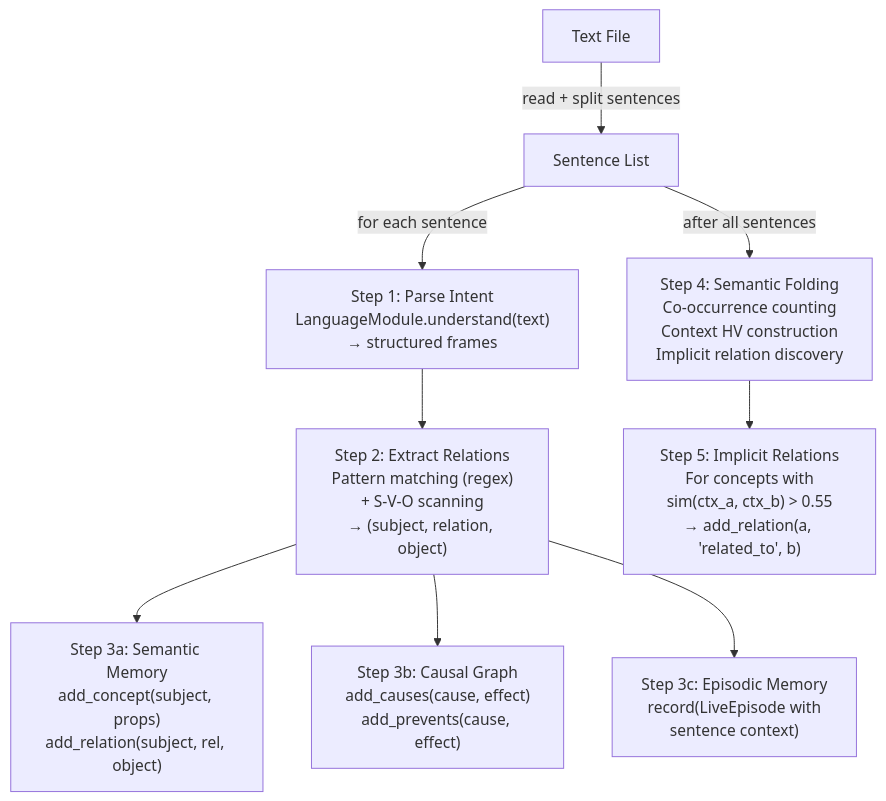
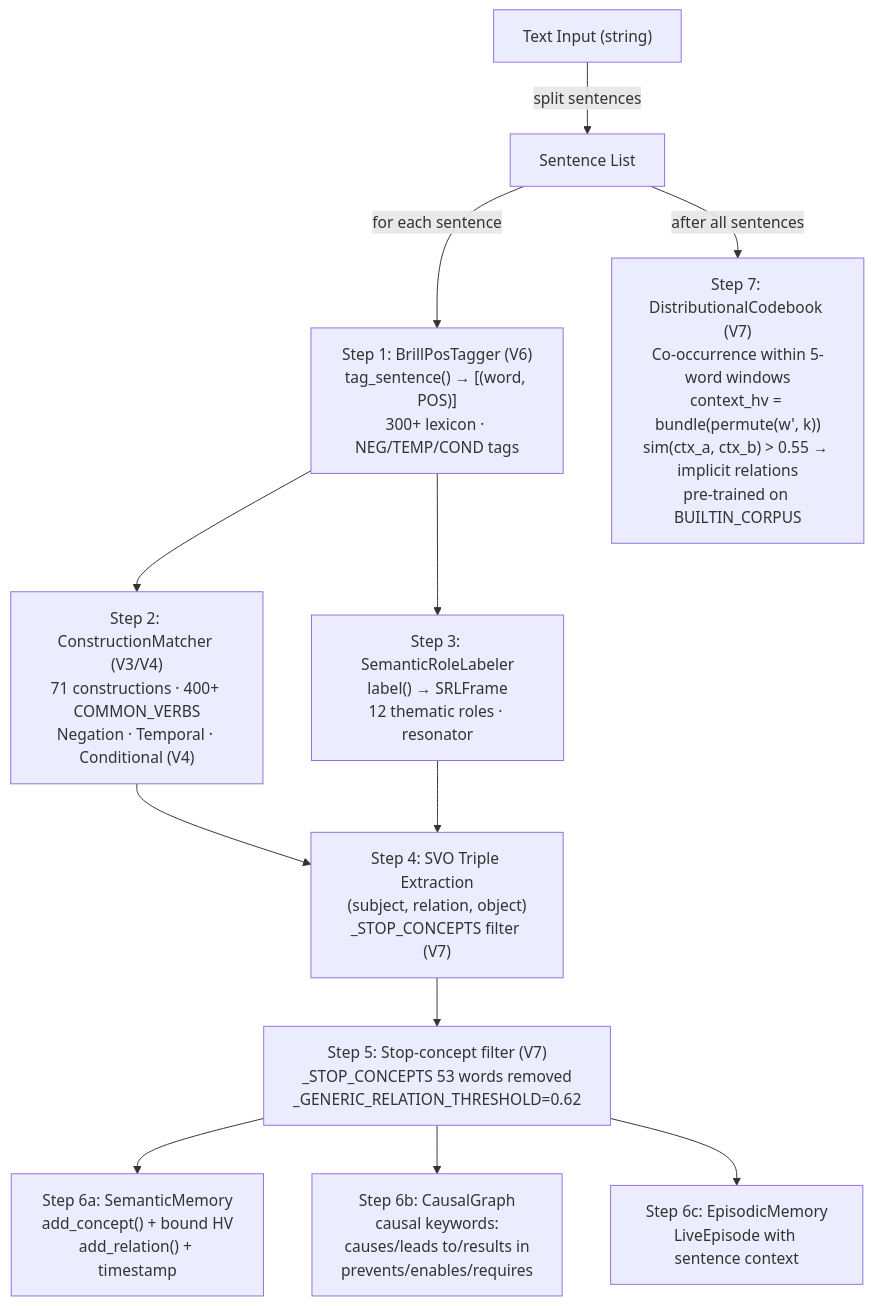
Before and after one commit to shiva2321/Neuro-Symbolic-Cognitive-Kernel: the fifth of 13 diagrams in nsck/docs/WORKFLOWS.md, drawn with Mermaid. The commit also changed other lines of this file and 7 other files, not shown here.

Commit message:
Docs V7: update all docs to reflect actual V4-V7 implementations — modules, formulas, test counts, benchmarks, diagrams

````diff
--- a/nsck/docs/WORKFLOWS.md
+++ b/nsck/docs/WORKFLOWS.md
@@ -159,20 +159,26 @@
 ```mermaid
 graph TD
-    File["Text File"]
-    
-    File -->|"read + split sentences"| Sent["Sentence List"]
-    
-    Sent -->|"for each sentence"| Step1["Step 1: Parse Intent<br/>LanguageModule.understand(text)<br/>→ structured frames"]
-    
-    Step1 --> Step2["Step 2: Extract Relations<br/>Pattern matching (regex)<br/>+ S-V-O scanning<br/>→ (subject, relation, object)"]
-    
-    Step2 --> Step3a["Step 3a: Semantic Memory<br/>add_concept(subject, props)<br/>add_relation(subject, rel, object)"]
-    
-    Step2 --> Step3b["Step 3b: Causal Graph<br/>add_causes(cause, effect)<br/>add_prevents(cause, effect)"]
-    
-    Step2 --> Step3c["Step 3c: Episodic Memory<br/>record(LiveEpisode with<br/>sentence context)"]
-    
-    Sent -->|"after all sentences"| Step4["Step 4: Semantic Folding<br/>Co-occurrence counting<br/>Context HV construction<br/>Implicit relation discovery"]
-    
-    Step4 --> Step5["Step 5: Implicit Relations<br/>For concepts with<br/>sim(ctx_a, ctx_b) > 0.55<br/>→ add_relation(a, 'related_to', b)"]
+    Text["Text Input (string)"]
+
+    Text -->|"split sentences"| Sent["Sentence List"]
+
+    Sent -->|"for each sentence"| POS["Step 1: BrillPosTagger (V6)<br/>tag_sentence() → [(word, POS)]<br/>300+ lexicon · NEG/TEMP/COND tags"]
+
+    POS --> CG["Step 2: ConstructionMatcher (V3/V4)<br/>71 constructions · 400+ COMMON_VERBS<br/>Negation · Temporal · Conditional (V4)"]
+
+    POS --> SRL["Step 3: SemanticRoleLabeler<br/>label() → SRLFrame<br/>12 thematic roles · resonator"]
+
+    CG --> SVO["Step 4: SVO Triple Extraction<br/>(subject, relation, object)<br/>_STOP_CONCEPTS filter (V7)"]
+
+    SRL --> SVO
+
+    SVO --> StopFilter["Step 5: Stop-concept filter (V7)<br/>_STOP_CONCEPTS 53 words removed<br/>_GENERIC_RELATION_THRESHOLD=0.62"]
+
+    StopFilter --> SemMem["Step 6a: SemanticMemory<br/>add_concept() + bound HV<br/>add_relation() + timestamp"]
+
+    StopFilter --> CausalG["Step 6b: CausalGraph<br/>causal keywords:<br/>causes/leads to/results in<br/>prevents/enables/requires"]
+
+    StopFilter --> EpiMem["Step 6c: EpisodicMemory<br/>LiveEpisode with sentence context"]
+
+    Sent -->|"after all sentences"| DistSem["Step 7: DistributionalCodebook (V7)<br/>Co-occurrence within 5-word windows<br/>context_hv = bundle(permute(w', k))<br/>sim(ctx_a, ctx_b) > 0.55 → implicit relations<br/>pre-trained on BUILTIN_CORPUS"]
 ```
````
